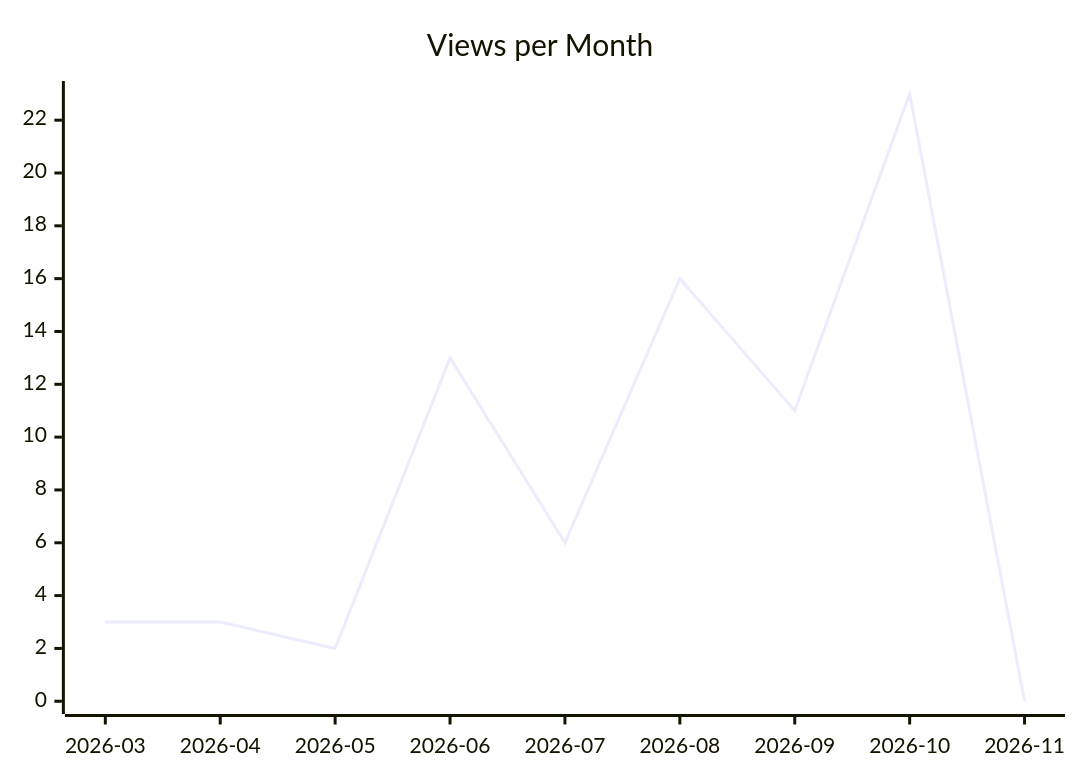
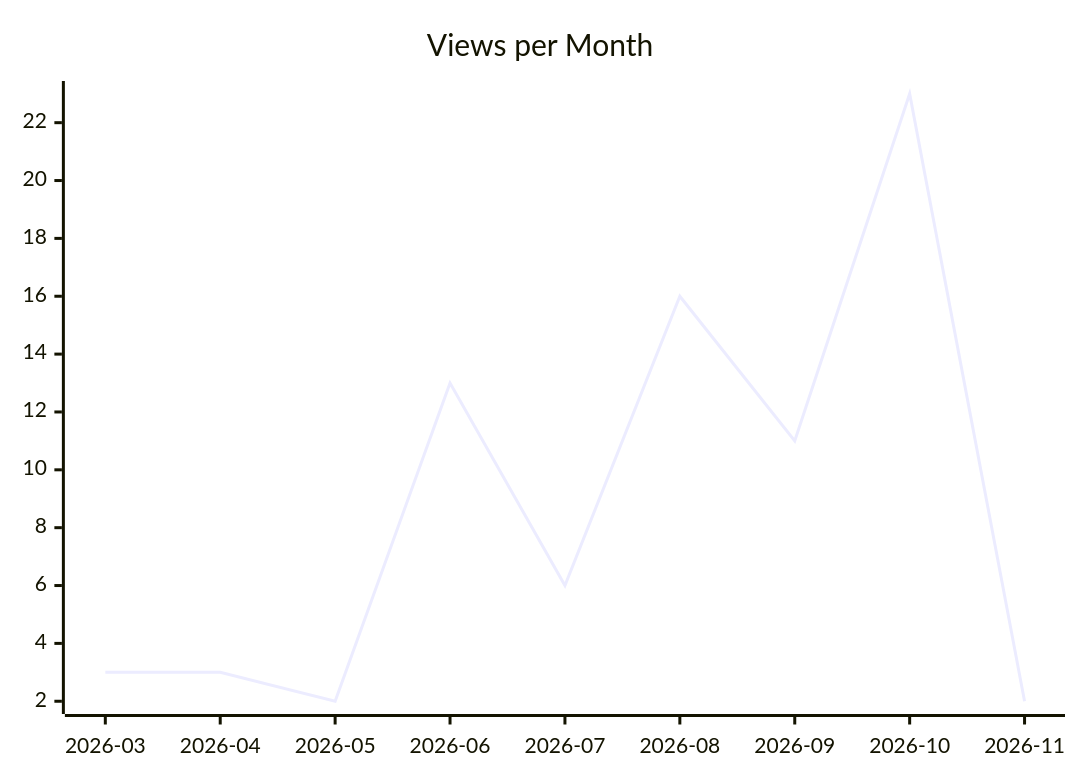
The second of 3 diagrams in karlmdavis/rps-tourney/README.md (justdavis-family/github-analytics-data), drawn with Mermaid before and after one commit. The commit also changed other lines of this file and 190 other files, not shown here.

````diff
--- a/karlmdavis/rps-tourney/README.md
+++ b/karlmdavis/rps-tourney/README.md
@@ -12,6 +12,6 @@
 ```mermaid
 xychart-beta
   title "Views per Month"
   x-axis ["2026-03", "2026-04", "2026-05", "2026-06", "2026-07", "2026-08", "2026-09", "2026-10", "2026-11"]
-  line [3, 3, 2, 13, 6, 16, 11, 23, 0]
+  line [3, 3, 2, 13, 6, 16, 11, 23, 2]
 ```
````
